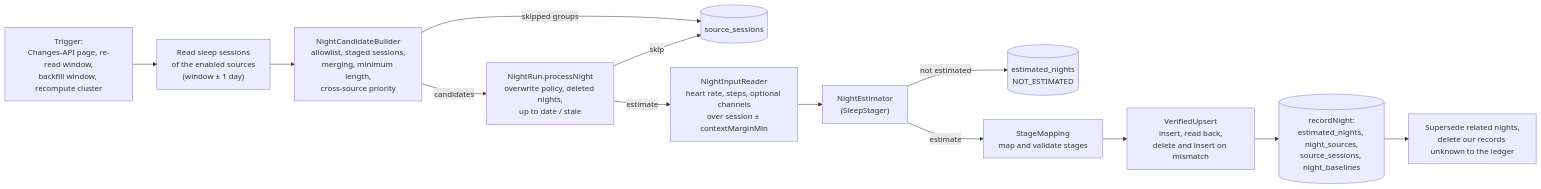
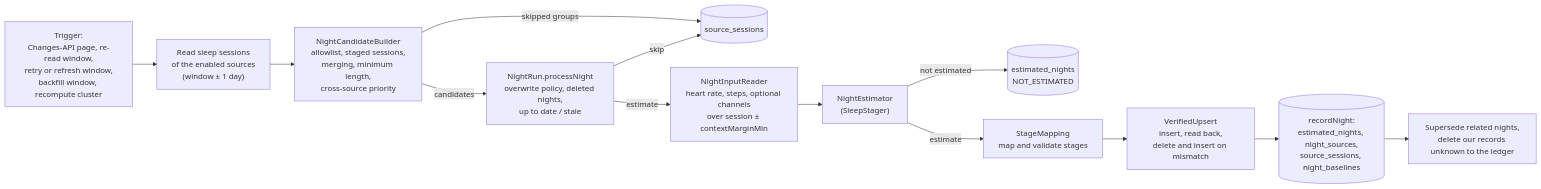
The third of 4 diagrams in docs/architecture.md (alien2003/PulseStages), drawn with Mermaid before and after one commit. The commit also changed other lines of this file and 7 other files, not shown here.

````diff
--- a/docs/architecture.md
+++ b/docs/architecture.md
@@ -168,15 +168,15 @@
 ```mermaid
 flowchart LR
-    T["Trigger:<br/>Changes-API page, re-read window,<br/>backfill window, recompute cluster"] --> R["Read sleep sessions<br/>of the enabled sources<br/>(window ± 1 day)"]
+    T["Trigger:<br/>Changes-API page, re-read window,<br/>retry or refresh window,<br/>backfill window, recompute cluster"] --> R["Read sleep sessions<br/>of the enabled sources<br/>(window ± 1 day)"]
     R --> B["NightCandidateBuilder<br/>allowlist, staged sessions,<br/>merging, minimum length,<br/>cross-source priority"]
     B -->|"skipped groups"| S[("source_sessions")]
     B -->|"candidates"| D["NightRun.processNight<br/>overwrite policy, deleted nights,<br/>up to date / stale"]
     D -->|"skip"| S
     D -->|"estimate"| I["NightInputReader<br/>heart rate, steps, optional channels<br/>over session ± contextMarginMin"]
     I --> E["NightEstimator<br/>(SleepStager)"]
     E -->|"not estimated"| N[("estimated_nights<br/>NOT_ESTIMATED")]
     E -->|"estimate"| M["StageMapping<br/>map and validate stages"]
     M --> W["VerifiedUpsert<br/>insert, read back,<br/>delete and insert on mismatch"]
     W --> L[("recordNight:<br/>estimated_nights, night_sources,<br/>source_sessions, night_baselines")]
     L --> X["Supersede related nights,<br/>delete our records unknown to the ledger"]
 ```
````
